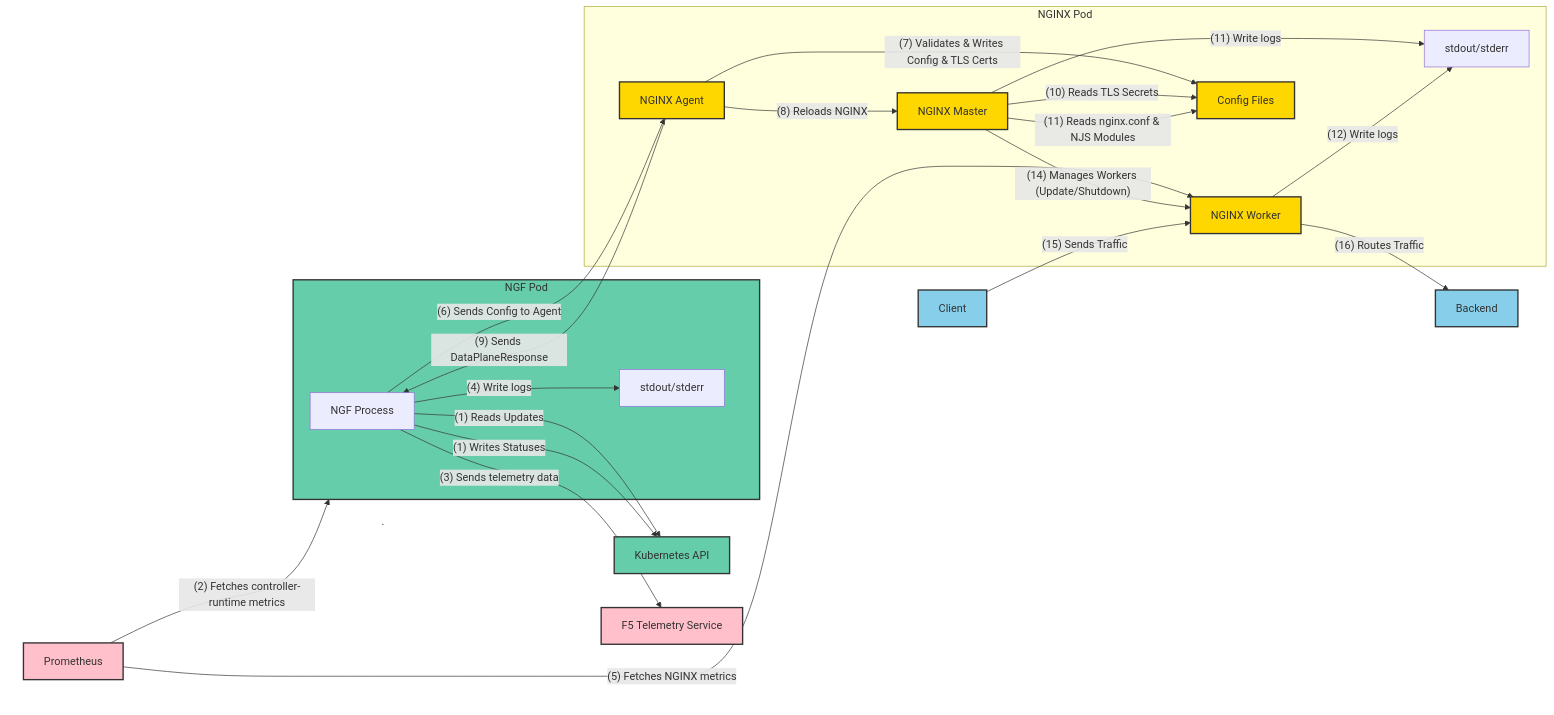
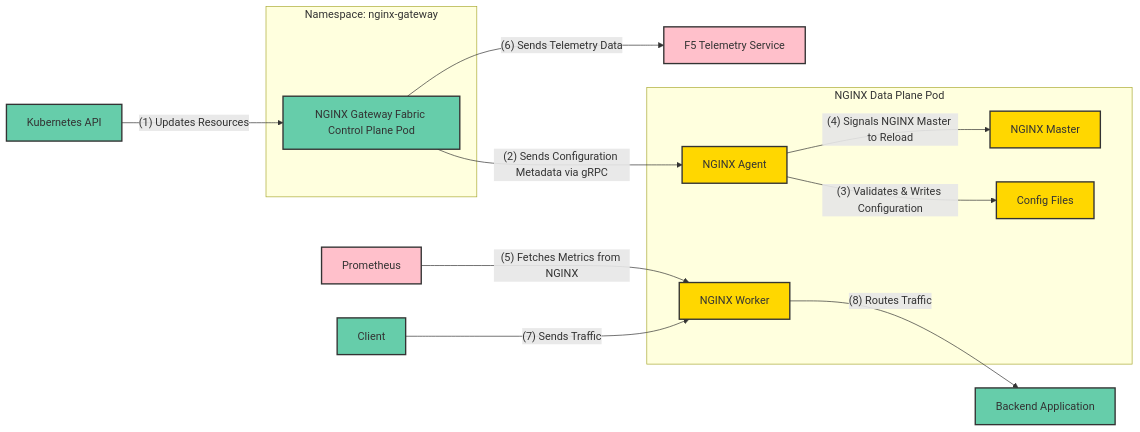
One commit to zahava-brown/documentation changed the second of 2 diagrams in content/ngf/overview/gateway-architecture.md. Above: the diagram before and after it, drawn with Mermaid. The commit also changed other lines of this file, not shown here.

First line of the commit message:
NGF: Update user architecture guide (#953)

````diff
--- a/content/ngf/overview/gateway-architecture.md
+++ b/content/ngf/overview/gateway-architecture.md
@@ -259,78 +182,45 @@
 ```mermaid
 graph LR
     %% Main Components
-    KubernetesAPI[Kubernetes API]
-    PrometheusMonitor[Prometheus]
-    F5Telemetry[F5 Telemetry Service]
-    NGFPod[NGF Pod]
-    NGINXPod[NGINX Pod]
-    Client[Client]
-    Backend[Backend]
-
-    %% NGINX Pod Grouping
-    subgraph NGINXPod[NGINX Pod]
+    subgraph nginx-gateway["Namespace: nginx-gateway"]
+        NGFPod[NGINX Gateway Fabric Control Plane Pod]
+    end
+    
+    subgraph NGINXDataPlane["NGINX Data Plane Pod"]
         NGINXAgent[NGINX Agent]
         NGINXMaster[NGINX Master]
         NGINXWorker[NGINX Worker]
         ConfigFiles[Config Files]
-        ContainerRuntimeNGINX[stdout/stderr]
     end
 
-    subgraph NGFPod[NGF Pod]
-        NGFProcess[NGF Process]
-        ContainerRuntimeNGF[stdout/stderr]
-    end
+    F5Telemetry[F5 Telemetry Service]
+    PrometheusMonitor[Prometheus]
+    KubernetesAPI[Kubernetes API]
+    Client[Client]
+    BackendApplication[Backend Application]
 
-    %% External Components Grouping
-    subgraph ExternalComponents[.]
-        KubernetesAPI[Kubernetes API]
-        PrometheusMonitor[Prometheus]
-        F5Telemetry[F5 Telemetry Service]
-    end
+    %% High-Level Configuration Flow
+    KubernetesAPI -->|"(1) Updates Resources"| NGFPod
+    NGFPod -->|"(2) Sends Configuration Metadata via gRPC"| NGINXAgent
+    NGINXAgent -->|"(3) Validates & Writes Configuration"| ConfigFiles
+    NGINXAgent -->|"(4) Signals NGINX Master to Reload"| NGINXMaster
 
-    %% HTTPS: Communication with Kubernetes API
-    NGFProcess -- "(1) Reads Updates" --> KubernetesAPI
-    NGFProcess -- "(1) Writes Statuses" --> KubernetesAPI
+    %% Prometheus Monitoring
+    PrometheusMonitor -->|"(5) Fetches Metrics from NGINX"| NGINXWorker
 
-    %% Prometheus: Metrics Collection
-    PrometheusMonitor -- "(2) Fetches controller-runtime metrics" --> NGFPod
-    PrometheusMonitor -- "(5) Fetches NGINX metrics" --> NGINXWorker
+    %% Telemetry Data
+    NGFPod -->|"(6) Sends Telemetry Data"| F5Telemetry
 
-    %% Telemetry: Product telemetry data
-    NGFProcess -- "(3) Sends telemetry data" --> F5Telemetry
-
-    %% File I/O: Logging
-    NGFProcess -- "(4) Write logs" --> ContainerRuntimeNGF
-    NGINXMaster -- "(11) Write logs" --> ContainerRuntimeNGINX
-    NGINXWorker -- "(12) Write logs" --> ContainerRuntimeNGINX
-
-    %% gRPC: Configuration Updates
-    NGFProcess -- "(6) Sends Config to Agent" --> NGINXAgent
-    NGINXAgent -- "(7) Validates & Writes Config & TLS Certs" --> ConfigFiles
-    NGINXAgent -- "(8) Reloads NGINX" --> NGINXMaster
-    NGINXAgent -- "(9) Sends DataPlaneResponse" --> NGFProcess
-
-    %% File I/O: Configuration and Secrets
-    NGINXMaster -- "(10) Reads TLS Secrets" --> ConfigFiles
-    NGINXMaster -- "(11) Reads nginx.conf & NJS Modules" --> ConfigFiles
-
-    %% Signals: Worker Lifecycle Management
-    NGINXMaster -- "(14) Manages Workers (Update/Shutdown)" --> NGINXWorker
-
-    %% Traffic Flow
-    Client -- "(15) Sends Traffic" --> NGINXWorker
-    NGINXWorker -- "(16) Routes Traffic" --> Backend
+    %% Client Traffic Flow
+    Client -->|"(7) Sends Traffic"| NGINXWorker
+    NGINXWorker -->|"(8) Routes Traffic"| BackendApplication
 
     %% Styling
     classDef important fill:#66CDAA,stroke:#333,stroke-width:2px;
     classDef metrics fill:#FFC0CB,stroke:#333,stroke-width:2px;
     classDef io fill:#FFD700,stroke:#333,stroke-width:2px;
-    classDef signal fill:#87CEEB,stroke:#333,stroke-width:2px;
-    style ExternalComponents fill:transparent,stroke-width:0px
-
-    %% Class Assignments for Node Colors
-    class NGFPod,KubernetesAPI important;
+    class KubernetesAPI,NGFPod important;
     class PrometheusMonitor,F5Telemetry metrics;
-    class ConfigFiles,NGINXMaster,NGINXWorker,NGINXAgent io;
-    class Client,Backend signal;
+    class NGINXAgent,NGINXMaster,NGINXWorker,ConfigFiles io;
+    class Client,BackendApplication important;
 ```
````
